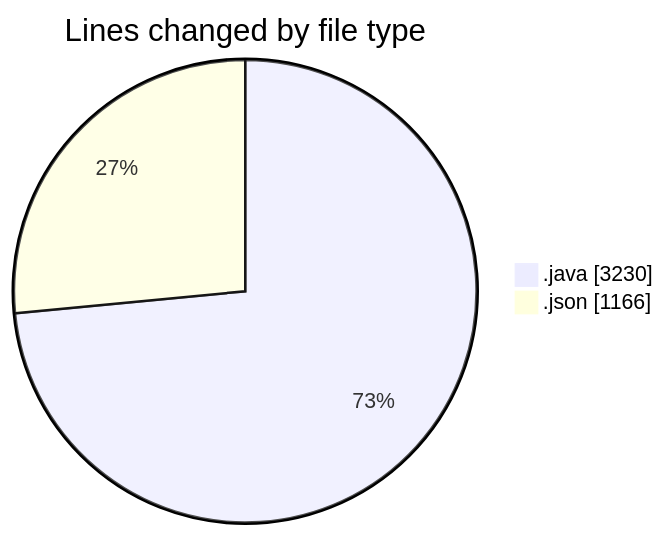
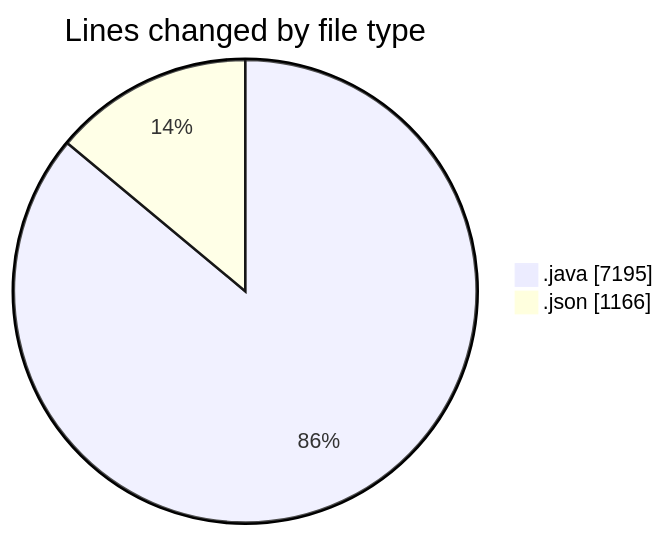
One commit to ricardozamudiocil/code-tracking changed the first of 2 diagrams in 2026-06-10/cilapp/README.md. Above: the diagram before and after it, drawn with Mermaid. The commit also changed other lines of this file and 1 other file, not shown here.

````diff
--- a/2026-06-10/cilapp/README.md
+++ b/2026-06-10/cilapp/README.md
@@ -21,6 +22,6 @@
 ```mermaid
 pie showData
 title Lines changed by file type
-".java" : 3230
+".java" : 7195
 ".json" : 1166
 ```
````
